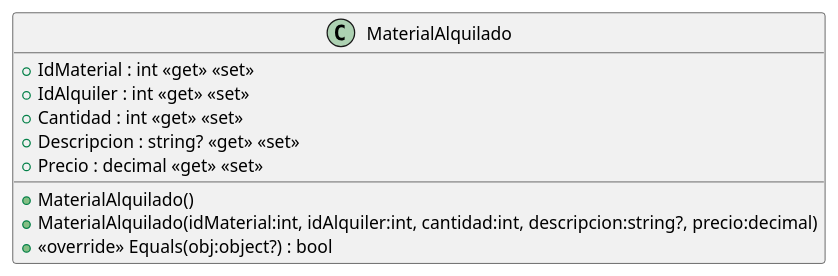
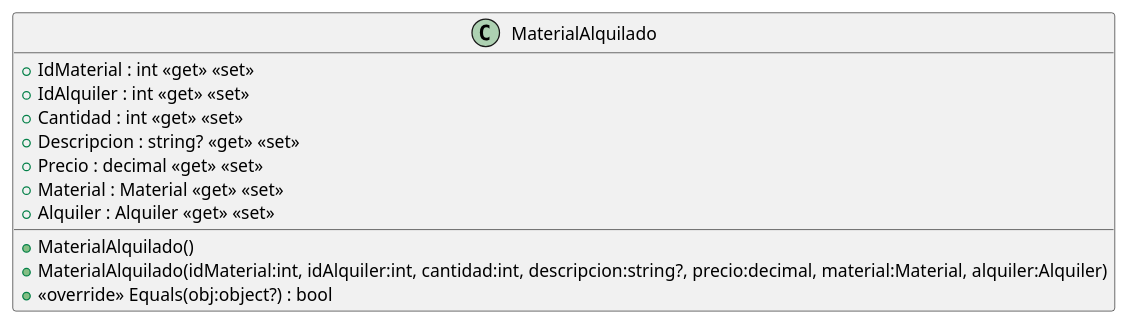
The diagram in src/AppForSEII.API/ClassDiagram/src/AppForSEII.API/Models/MaterialAlquilado.puml (ISII2627CDGJ/ISII2627CDG), drawn with PlantUML before and after one commit. The commit also changed 9 other files, not shown here.

```diff
--- a/src/AppForSEII.API/ClassDiagram/src/AppForSEII.API/Models/MaterialAlquilado.puml
+++ b/src/AppForSEII.API/ClassDiagram/src/AppForSEII.API/Models/MaterialAlquilado.puml
@@ -1,12 +1,14 @@
 @startuml
 class MaterialAlquilado {
     + IdMaterial : int <<get>> <<set>>
     + IdAlquiler : int <<get>> <<set>>
     + Cantidad : int <<get>> <<set>>
     + Descripcion : string? <<get>> <<set>>
     + Precio : decimal <<get>> <<set>>
+    + Material : Material <<get>> <<set>>
+    + Alquiler : Alquiler <<get>> <<set>>
     + MaterialAlquilado()
-    + MaterialAlquilado(idMaterial:int, idAlquiler:int, cantidad:int, descripcion:string?, precio:decimal)
+    + MaterialAlquilado(idMaterial:int, idAlquiler:int, cantidad:int, descripcion:string?, precio:decimal, material:Material, alquiler:Alquiler)
     + <<override>> Equals(obj:object?) : bool
 }
 @enduml
```
